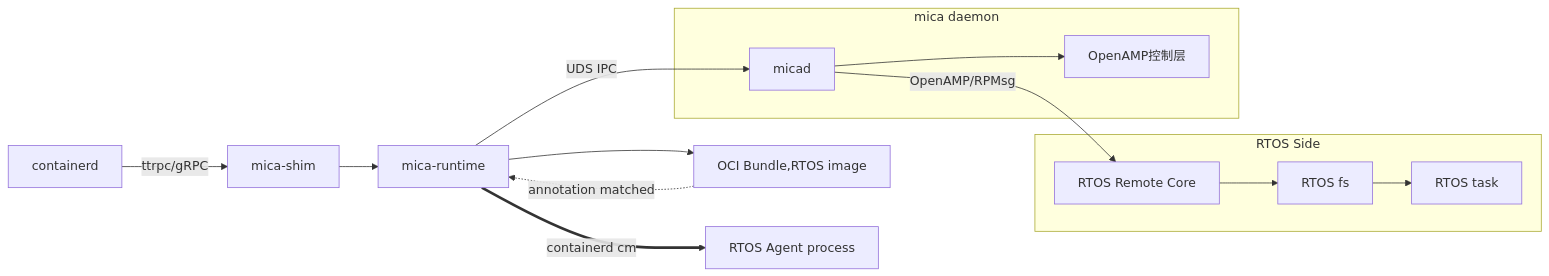
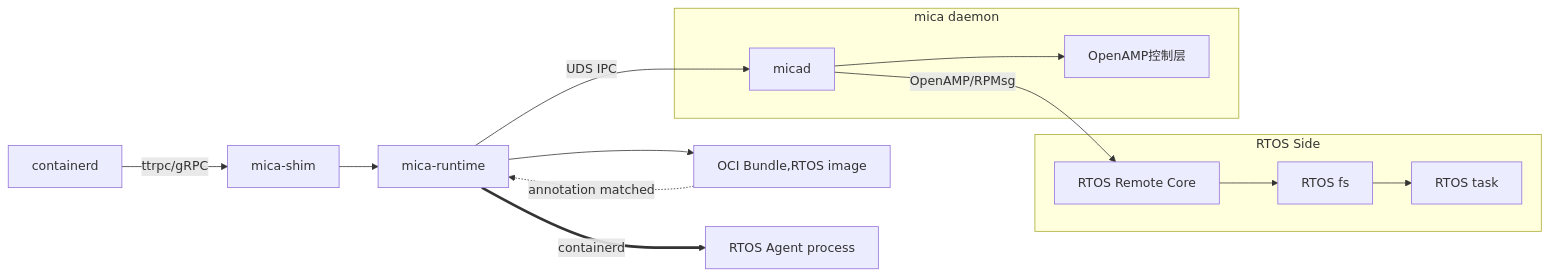
Before and after one commit to Egg12138/iodraw-files: the diagram in all/未命名.md, drawn with Mermaid.

Commit message:
2025-06-21 17:08:34 update

````diff
--- a/all/未命名.md
+++ b/all/未命名.md
@@ -1,19 +1,19 @@
 ```mermaid
 
 graph LR
     CD[containerd] -->|ttrpc/gRPC| S
     S[mica-shim] --> MR
     MR[mica-runtime] -->|UDS IPC| A[micad]
     MR -->C[OCI Bundle,RTOS image]
-    MR ==>|containerd cm|AG[RTOS Agent process]
+    MR ==>|containerd |AG[RTOS Agent process]
     A -->|OpenAMP/RPMsg| B[RTOS Remote Core]
     C -.->|annotation matched| MR
     subgraph RTOS Side
         B --> D[RTOS fs] --> E
         E[RTOS task]
     end
     subgraph mica daemon
         A --> F[OpenAMP控制层]
     end
 
 ```
````
